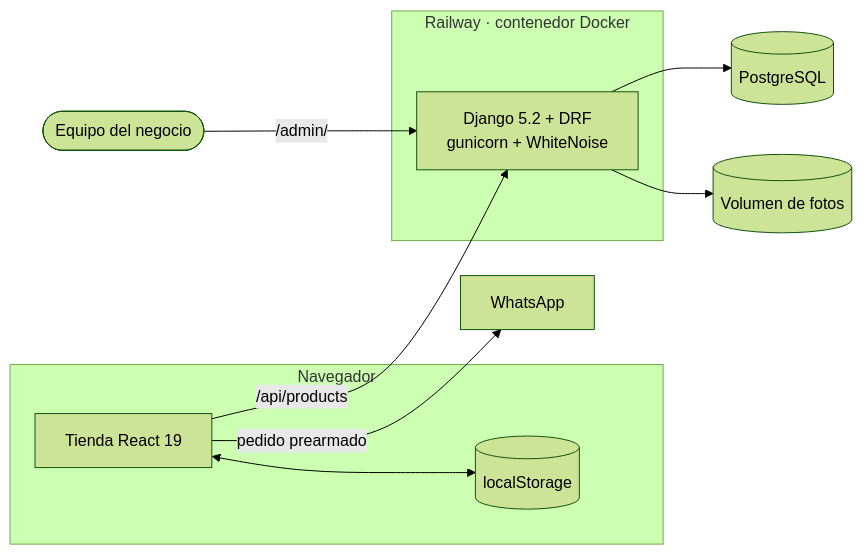
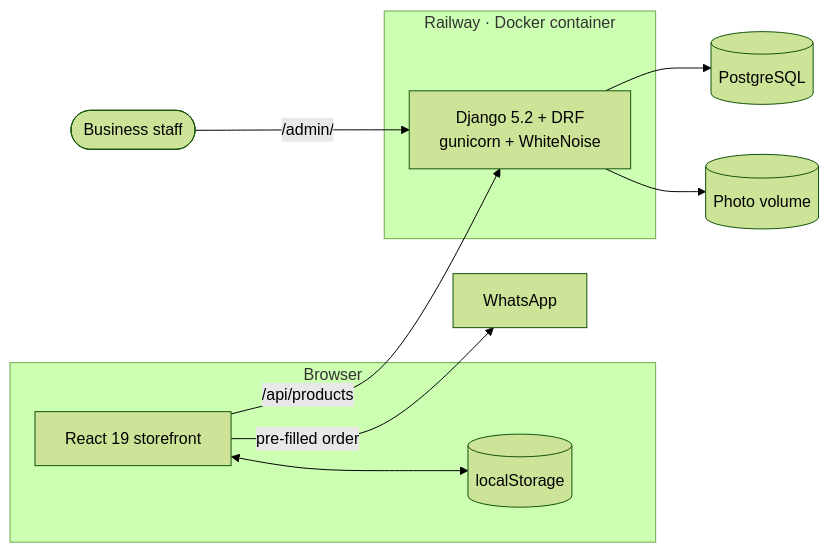
The second of 2 diagrams in README.md (JonasJavier/Delicate-4.0), drawn with Mermaid (forest theme) before and after one commit. The commit also changed other lines of this file and 6 other files, not shown here.

````diff
--- a/README.md
+++ b/README.md
@@ -135,21 +137,21 @@
 ```mermaid
 flowchart LR
-  subgraph Navegador
-    SPA["Tienda React 19"]
+  subgraph Browser
+    SPA["React 19 storefront"]
     LS[("localStorage")]
   end
-  subgraph Railway["Railway · contenedor Docker"]
+  subgraph Railway["Railway · Docker container"]
     DJ["Django 5.2 + DRF<br/>gunicorn + WhiteNoise"]
   end
   PG[("PostgreSQL")]
-  VOL[("Volumen de fotos")]
+  VOL[("Photo volume")]
   WA["WhatsApp"]
-  EQ(["Equipo del negocio"])
+  EQ(["Business staff"])
 
   SPA -- "/api/products" --> DJ
   SPA <--> LS
-  SPA -- "pedido prearmado" --> WA
+  SPA -- "pre-filled order" --> WA
   EQ -- "/admin/" --> DJ
   DJ --> PG
   DJ --> VOL
 ```
````
